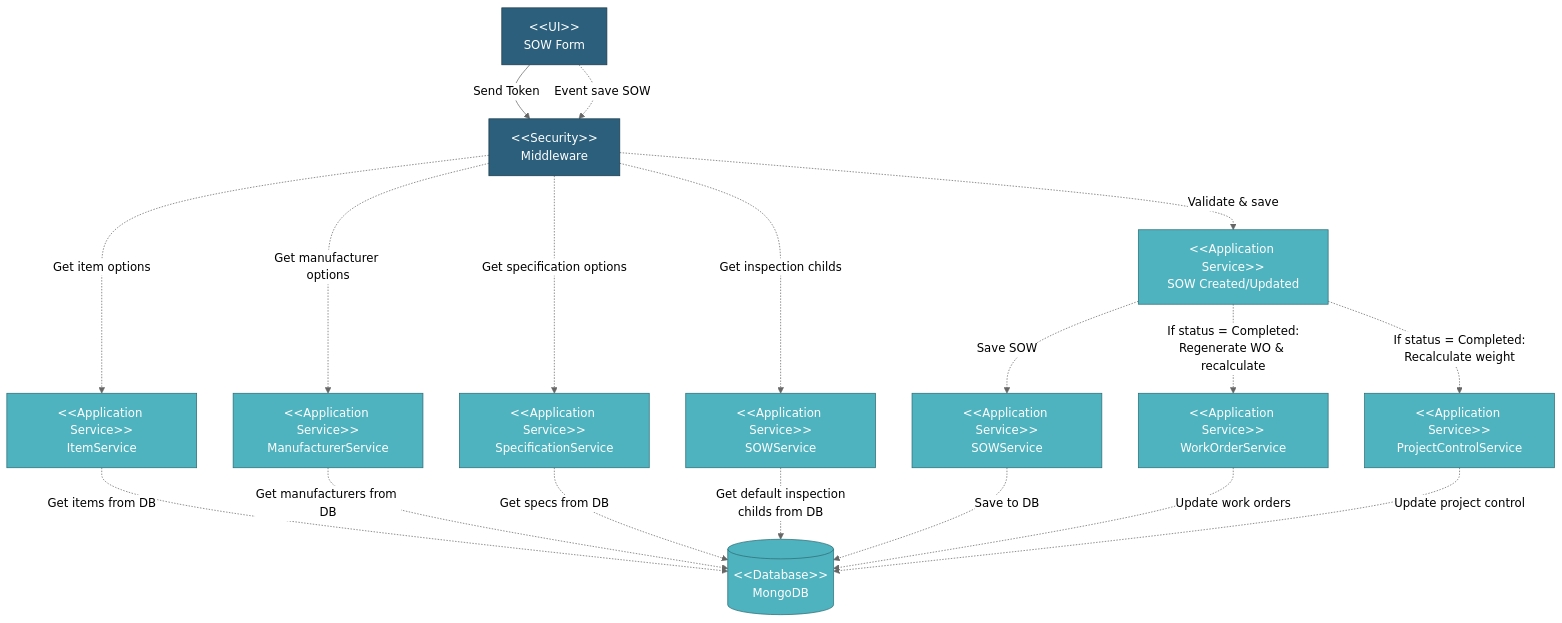
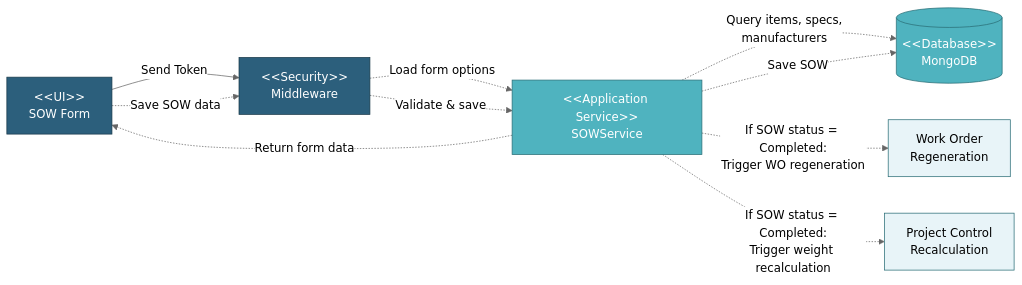
The diagram in docs/TDD/05-Component-Design/5.3-SOW-Module/5.3.2-SOW-Form.md (faizalmuzakki/pipeline-docs), drawn with Mermaid (neutral theme) before and after one commit. The commit also changed other lines of this file and 1 other file, not shown here.

Commit message:
feat: update SOW & Progress Chart component design seciton

````diff
--- a/docs/TDD/05-Component-Design/5.3-SOW-Module/5.3.2-SOW-Form.md
+++ b/docs/TDD/05-Component-Design/5.3-SOW-Module/5.3.2-SOW-Form.md
@@ -5,45 +5,27 @@
 ```mermaid
-graph TB
+graph LR
+    %% Load Form Flow
     UI_FORM["&lt;&lt;UI&gt;&gt;<br/>SOW Form"]
     SEC["&lt;&lt;Security&gt;&gt;<br/>Middleware"]
-    ITEM_SVC["&lt;&lt;Application Service&gt;&gt;<br/>ItemService"]
-    MFG_SVC["&lt;&lt;Application Service&gt;&gt;<br/>ManufacturerService"]
-    SPEC_SVC["&lt;&lt;Application Service&gt;&gt;<br/>SpecificationService"]
-    SOW_SVC1["&lt;&lt;Application Service&gt;&gt;<br/>SOWService"]
-    SOW_SAVE["&lt;&lt;Application Service&gt;&gt;<br/>SOW Created/Updated"]
-    SOW_SVC2["&lt;&lt;Application Service&gt;&gt;<br/>SOWService"]
-    WO_SVC["&lt;&lt;Application Service&gt;&gt;<br/>WorkOrderService"]
-    PC_SVC["&lt;&lt;Application Service&gt;&gt;<br/>ProjectControlService"]
+    SOW_SVC["&lt;&lt;Application Service&gt;&gt;<br/>SOWService"]
     DB[("&lt;&lt;Database&gt;&gt;<br/>MongoDB")]
-
+    
     UI_FORM -->|Send Token| SEC
-    SEC -.->|Get item options| ITEM_SVC
-    ITEM_SVC -.->|Get items from DB| DB
-    SEC -.->|Get manufacturer options| MFG_SVC
-    MFG_SVC -.->|Get manufacturers from DB| DB
-    SEC -.->|Get specification options| SPEC_SVC
-    SPEC_SVC -.->|Get specs from DB| DB
-    SEC -.->|Get inspection childs| SOW_SVC1
-    SOW_SVC1 -.->|Get default inspection<br/>childs from DB| DB
-
-    UI_FORM -.->|Event save SOW| SEC
-    SEC -.->|Validate & save| SOW_SAVE
-    SOW_SAVE -.->|Save SOW| SOW_SVC2
-    SOW_SVC2 -.->|Save to DB| DB
-    SOW_SAVE -.->|If status = Completed:<br/>Regenerate WO & recalculate| WO_SVC
-    WO_SVC -.->|Update work orders| DB
-    SOW_SAVE -.->|If status = Completed:<br/>Recalculate weight| PC_SVC
-    PC_SVC -.->|Update project control| DB
-
+    SEC -.->|Load form options| SOW_SVC
+    SOW_SVC -.->|Query items, specs,<br/>manufacturers| DB
+    SOW_SVC -.->|Return form data| UI_FORM
+    
+    %% Save Flow
+    UI_FORM -.->|Save SOW data| SEC
+    SEC -.->|Validate & save| SOW_SVC
+    SOW_SVC -.->|Save SOW| DB
+    SOW_SVC -.->|If SOW status = Completed:<br/>Trigger WO regeneration| WO_REGEN["Work Order<br/>Regeneration"]
+    SOW_SVC -.->|If SOW status = Completed:<br/>Trigger weight recalculation| PC_RECALC["Project Control<br/>Recalculation"]
+    
     style UI_FORM fill:#2C5F7C,stroke:#1a3a4a,color:#fff
     style SEC fill:#2C5F7C,stroke:#1a3a4a,color:#fff
-    style ITEM_SVC fill:#4FB3BF,stroke:#2a6d76,color:#fff
-    style MFG_SVC fill:#4FB3BF,stroke:#2a6d76,color:#fff
-    style SPEC_SVC fill:#4FB3BF,stroke:#2a6d76,color:#fff
-    style SOW_SVC1 fill:#4FB3BF,stroke:#2a6d76,color:#fff
-    style SOW_SAVE fill:#4FB3BF,stroke:#2a6d76,color:#fff
-    style SOW_SVC2 fill:#4FB3BF,stroke:#2a6d76,color:#fff
-    style WO_SVC fill:#4FB3BF,stroke:#2a6d76,color:#fff
-    style PC_SVC fill:#4FB3BF,stroke:#2a6d76,color:#fff
+    style SOW_SVC fill:#4FB3BF,stroke:#2a6d76,color:#fff
     style DB fill:#4FB3BF,stroke:#2a6d76,color:#fff
+    style WO_REGEN fill:#E8F4F8,stroke:#2a6d76,color:#000
+    style PC_RECALC fill:#E8F4F8,stroke:#2a6d76,color:#000
 ```
````
